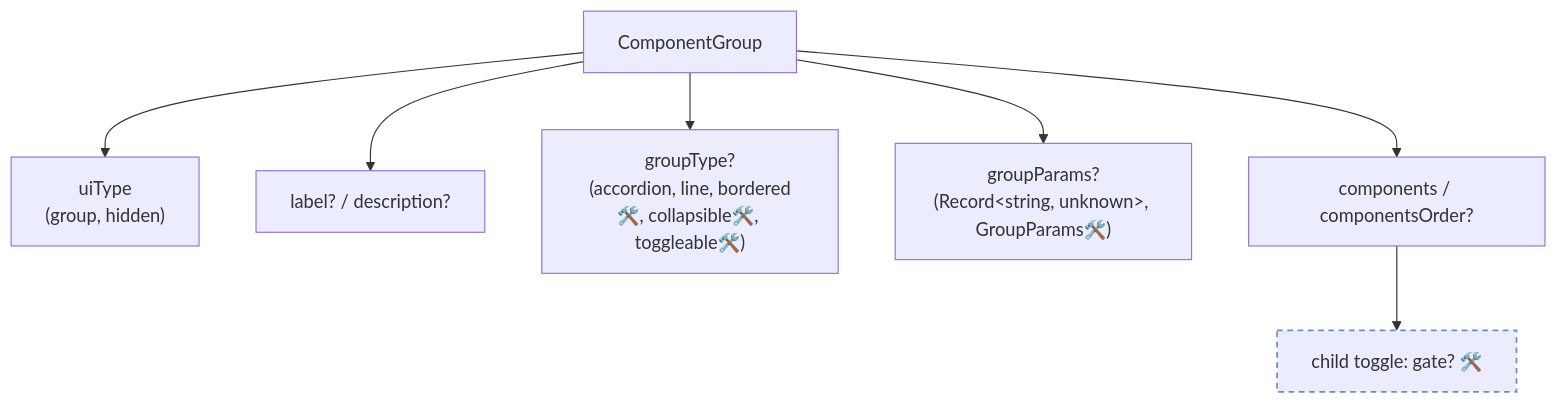
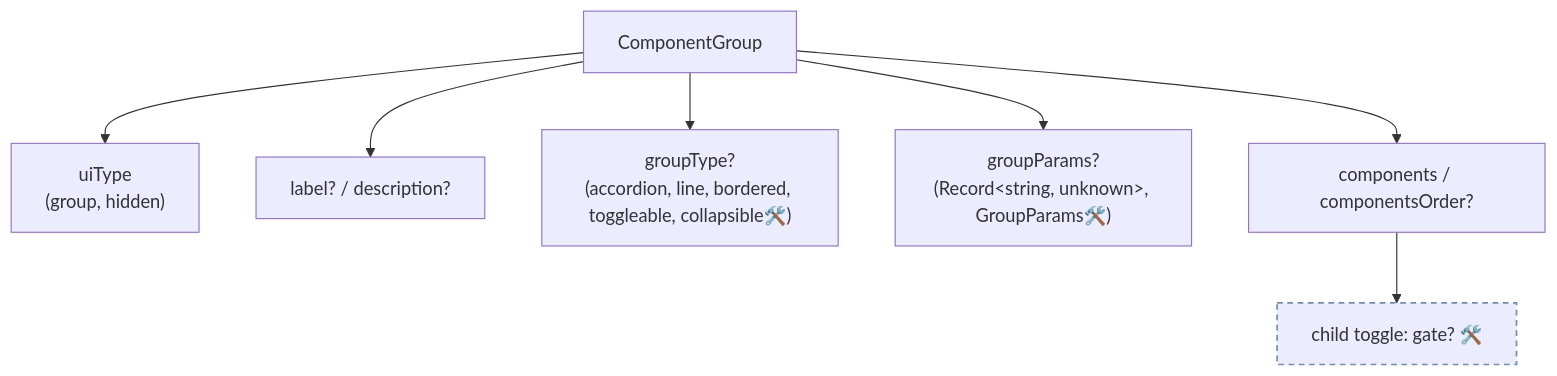
Before and after one commit to AdityaPimpalkar/openeverest: the second of 5 diagrams in docs/ui/architecture/ui-generator/schema-reference.md, drawn with Mermaid. The commit also changed other lines of this file and 51 other files, not shown here.

First line of the commit message:
feat(ui-generator): bordered and toggleable groups (#3278)

````diff
--- a/docs/ui/architecture/ui-generator/schema-reference.md
+++ b/docs/ui/architecture/ui-generator/schema-reference.md
@@ -32,12 +32,12 @@
 ```mermaid
 flowchart TD
   G["ComponentGroup"] --> U["uiType<br/>(group, hidden)"]
   G --> LD["label? / description?"]
-  G --> GT["groupType?<br/>(accordion, line, bordered🛠️, collapsible🛠️, toggleable🛠️)"]
+  G --> GT["groupType?<br/>(accordion, line, bordered, toggleable, collapsible🛠️)"]
   G --> GP["groupParams?<br/>(Record&lt;string, unknown&gt;, GroupParams🛠️)"]
   G --> CH["components / componentsOrder?"]
   CH --> GATE["child toggle: gate? 🛠️"]
 
   classDef planned stroke-dasharray:5 4,stroke:#6c8ebf,stroke-width:1.5px;
   class GATE planned;
 ```
````
